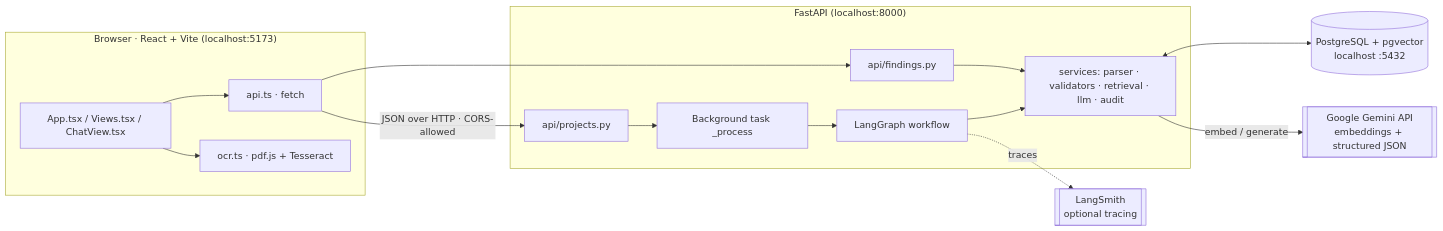
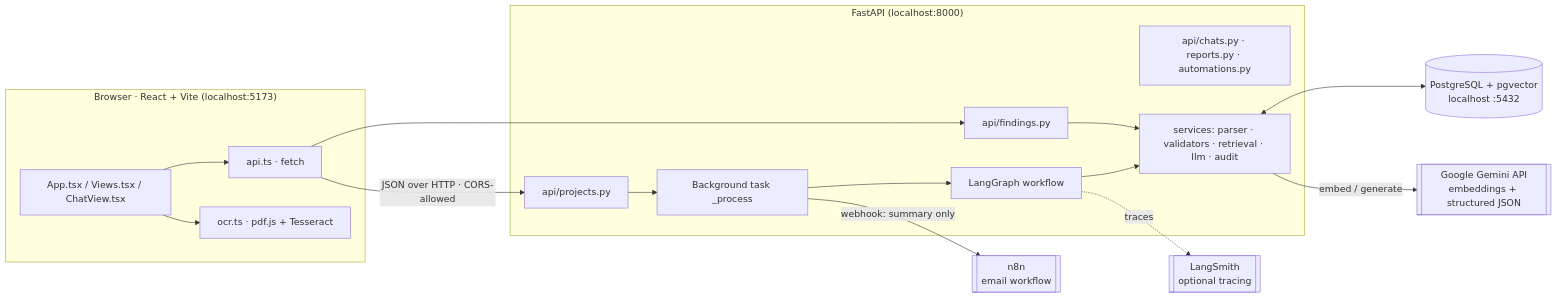
Before and after one commit to Abhinav-git1/FiberDoc_AI: the first of 3 diagrams in PROJECT_OVERVIEW.md, drawn with Mermaid. The commit also changed other lines of this file and 23 other files, not shown here.

First line of the commit message:
Email results through n8n, add a Think-Act agent workflow, and document the whole stack

````diff
--- a/PROJECT_OVERVIEW.md
+++ b/PROJECT_OVERVIEW.md
@@ -52,30 +62,33 @@
 ```mermaid
 flowchart LR
   subgraph Browser["Browser · React + Vite (localhost:5173)"]
     UI[App.tsx / Views.tsx / ChatView.tsx]
     API[api.ts · fetch]
     OCR[ocr.ts · pdf.js + Tesseract]
     UI --> API
     UI --> OCR
   end
 
   subgraph Server["FastAPI (localhost:8000)"]
     R1[api/projects.py]
     R2[api/findings.py]
+    R3[api/chats.py · reports.py · automations.py]
     BG[Background task _process]
     WF[LangGraph workflow]
     SVC[services: parser · validators · retrieval · llm · audit]
     R1 --> BG --> WF --> SVC
     R2 --> SVC
   end
 
   DB[(PostgreSQL + pgvector<br/>localhost :5432)]
   GEM[[Google Gemini API<br/>embeddings + structured JSON]]
   LS[[LangSmith<br/>optional tracing]]
 
   API -- "JSON over HTTP · CORS-allowed" --> R1
   API --> R2
   SVC <--> DB
   SVC -- "embed / generate" --> GEM
   WF -.traces.-> LS
+  N8N[[n8n<br/>email workflow]]
+  BG -- "webhook: summary only" --> N8N
 ```
````
